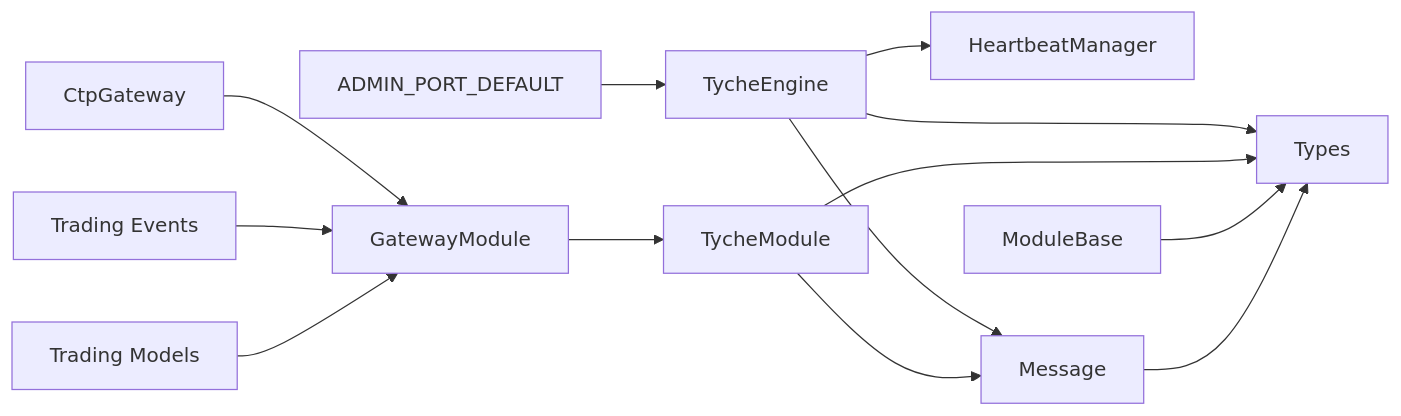
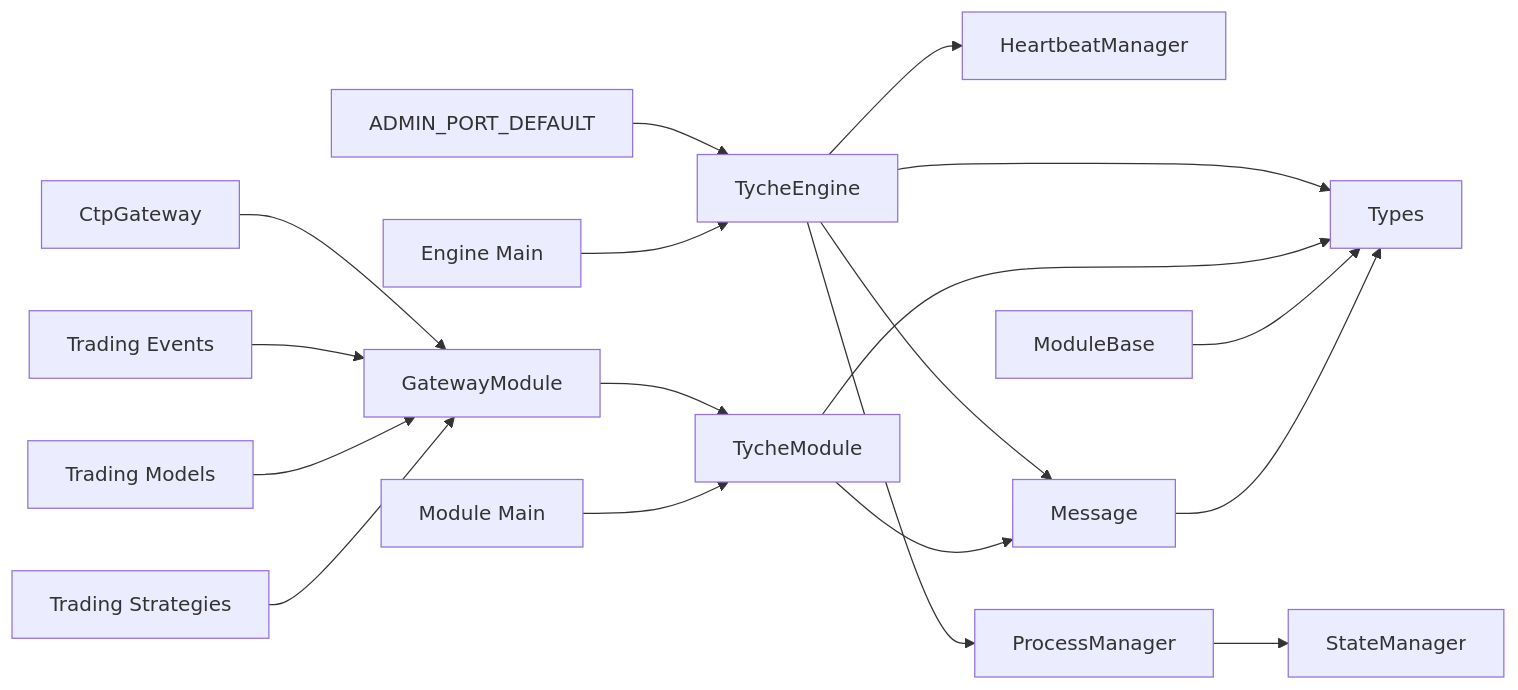
The tenth of 10 diagrams in .qoder/repowiki/en/content/Core Components/Core Components.md (zt281/TycheEngine), drawn with Mermaid before and after one commit. The commit also changed other lines of this file and 33 other files, not shown here.

````diff
--- a/.qoder/repowiki/en/content/Core Components/Core Components.md
+++ b/.qoder/repowiki/en/content/Core Components/Core Components.md
@@ -826,15 +1051,20 @@
 ```mermaid
 graph LR
 Engine["TycheEngine"] --> HBMgr["HeartbeatManager"]
 Engine --> Msg["Message"]
 Engine --> Types["Types"]
 TycheMod["TycheModule"] --> Msg
 TycheMod --> Types
 ModBase["ModuleBase"] --> Types
 GatewayMod["GatewayModule"] --> TycheMod
 CtpGateway["CtpGateway"] --> GatewayMod
 TradingEvents["Trading Events"] --> GatewayMod
 TradingModels["Trading Models"] --> GatewayMod
+TradingStrategies["Trading Strategies"] --> GatewayMod
 Msg --> Types
 AdminConst["ADMIN_PORT_DEFAULT"] --> Engine
+ProcMgr["ProcessManager"] --> StateMgr["StateManager"]
+Engine --> ProcMgr
+CLIEngine["Engine Main"] --> Engine
+CLIModule["Module Main"] --> TycheMod
 ```
````
